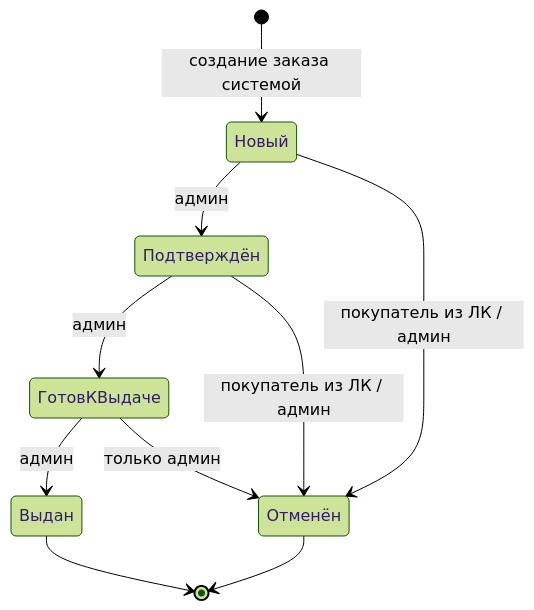
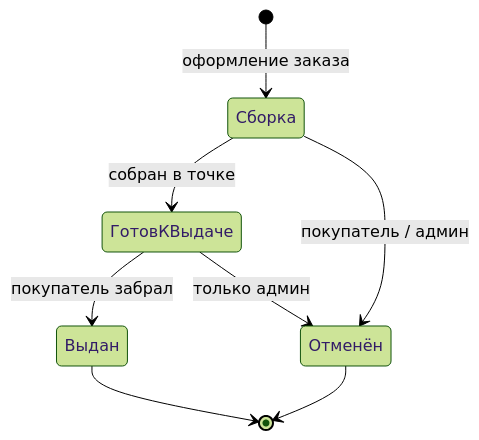
Before and after one commit to ksusha14021995-prog/MFTI_Volynkina_web_dev: the second of 2 diagrams in docs/07-logic.md, drawn with Mermaid (forest theme). The commit also changed other lines of this file and 17 other files, not shown here.

First line of the commit message:
docs: reshape architecture (auth/catalog/orders), simplify order lifecycle, full CJM

````diff
--- a/docs/07-logic.md
+++ b/docs/07-logic.md
@@ -79,16 +53,13 @@
 ```mermaid
 stateDiagram-v2
-    [*] --> Новый: создание заказа системой
+    [*] --> Сборка: оформление заказа
 
-    Новый --> Подтверждён: админ
-    Новый --> Отменён: покупатель из ЛК / админ
+    Сборка --> ГотовКВыдаче: собран в точке
+    Сборка --> Отменён: покупатель / админ
 
-    Подтверждён --> ГотовКВыдаче: админ
-    Подтверждён --> Отменён: покупатель из ЛК / админ
-
-    ГотовКВыдаче --> Выдан: админ
+    ГотовКВыдаче --> Выдан: покупатель забрал
     ГотовКВыдаче --> Отменён: только админ
 
     Выдан --> [*]
     Отменён --> [*]
 ```
````
